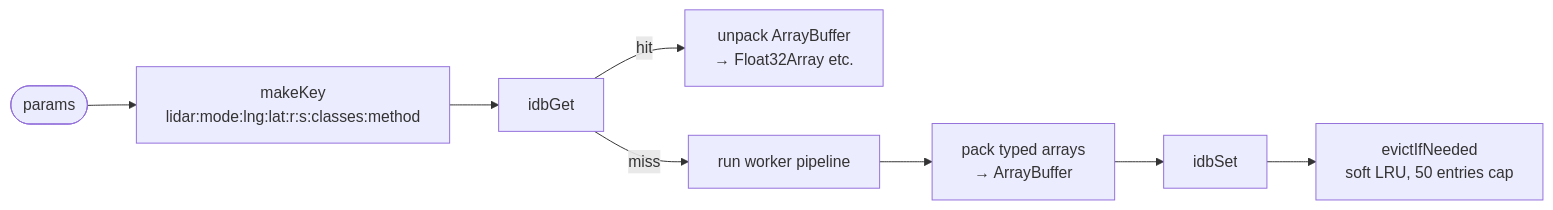
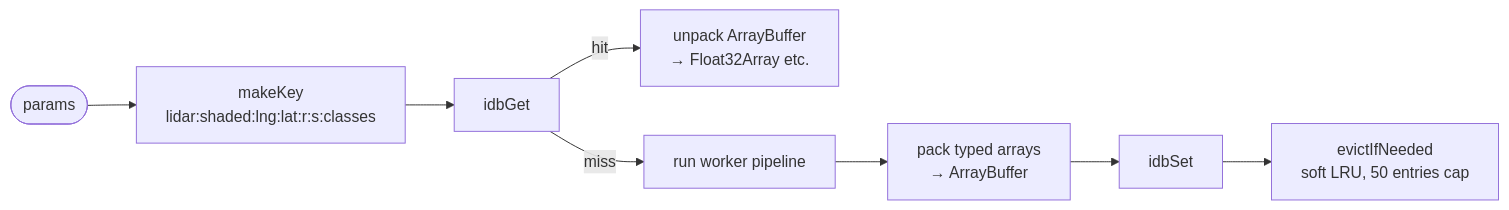
One commit to Plonk42/open-cairn changed the seventh of 8 diagrams in docs/LIDAR_PIPELINE.md. Above: the diagram before and after it, drawn with Mermaid. The commit also changed other lines of this file and 19 other files, not shown here.

First line of the commit message:
refactor(lidar): simplify to browser-only pipeline with shaded/mixed modes

````diff
--- a/docs/LIDAR_PIPELINE.md
+++ b/docs/LIDAR_PIPELINE.md
@@ -206,10 +191,10 @@
 ```mermaid
 flowchart LR
-    P([params]) --> K[makeKey<br/>lidar:mode:lng:lat:r:s:classes:method]
+    P([params]) --> K[makeKey<br/>lidar:shaded:lng:lat:r:s:classes]
     K --> GET[idbGet]
     GET -->|hit| UNPACK[unpack ArrayBuffer<br/>→ Float32Array etc.]
     GET -->|miss| RUN[run worker pipeline]
     RUN --> PACK[pack typed arrays<br/>→ ArrayBuffer]
     PACK --> SET[idbSet]
     SET --> EV[evictIfNeeded<br/>soft LRU, 50 entries cap]
 ```
````
